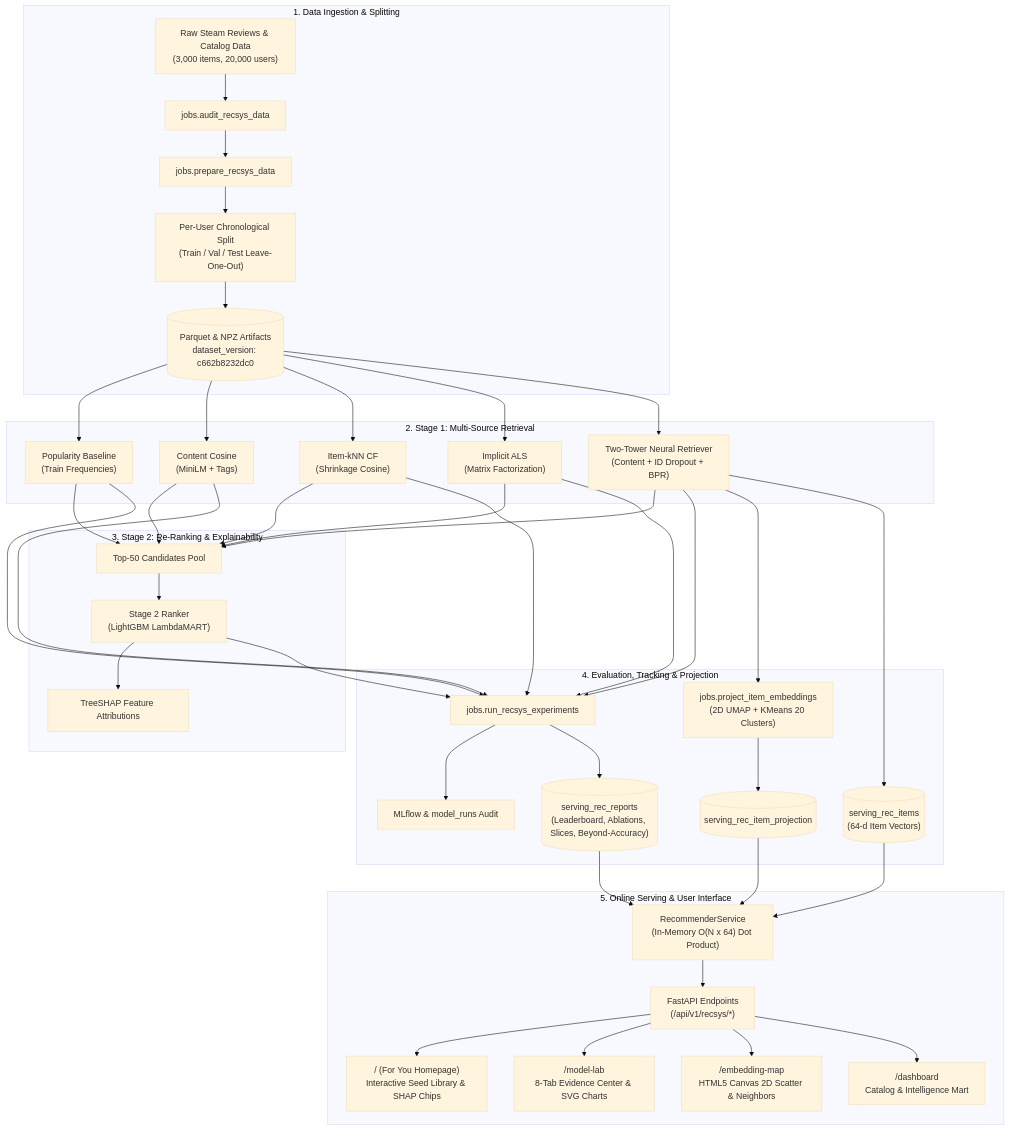
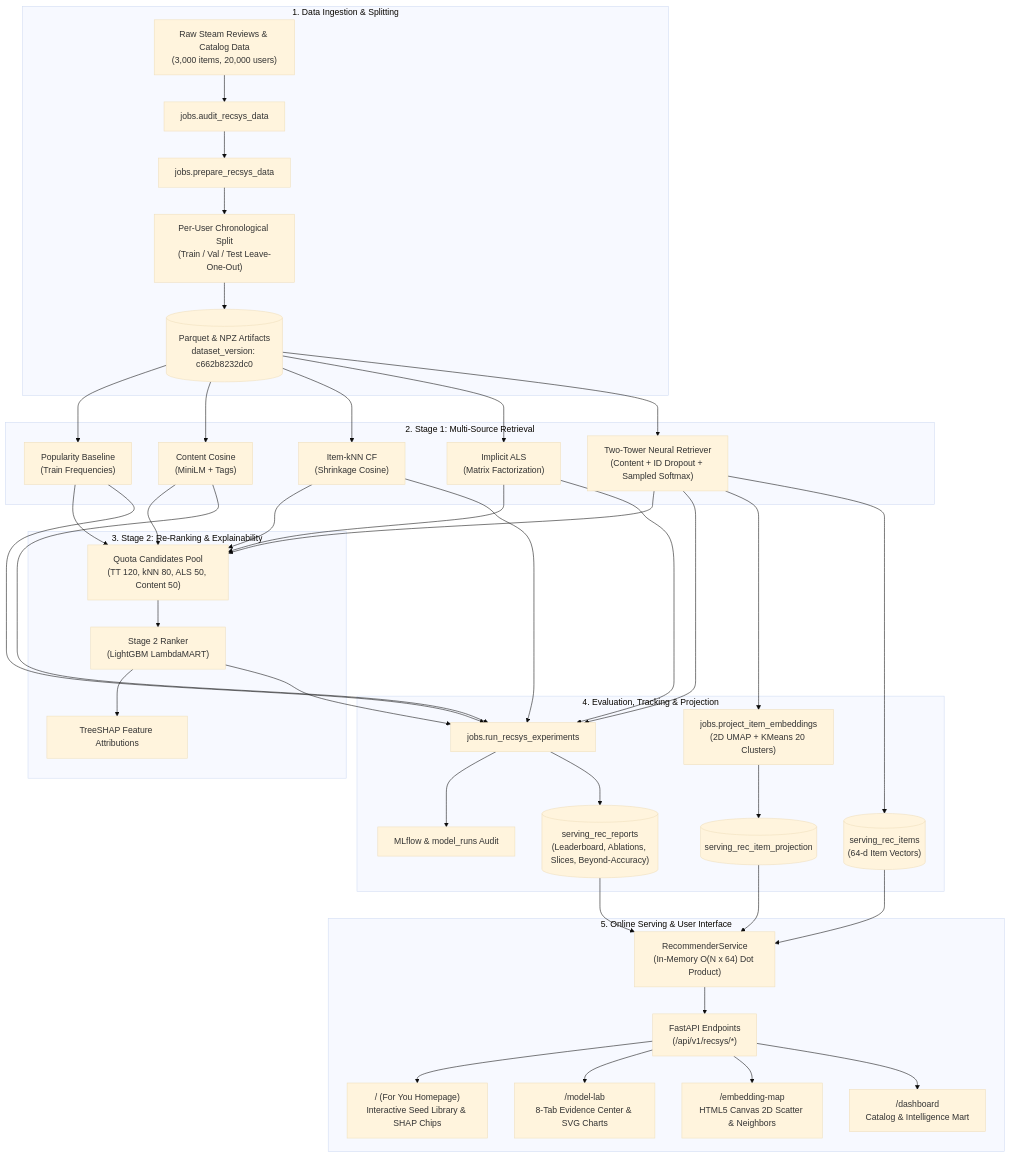
The diagram in README.md (MadhavGera/SteamIQ), drawn with Mermaid (base theme) before and after one commit. The commit also changed other lines of this file and 10 other files, not shown here.

````diff
--- a/README.md
+++ b/README.md
@@ -9,43 +9,43 @@
 ```mermaid
 flowchart TD
     subgraph DataPrep ["1. Data Ingestion & Splitting"]
         Raw["Raw Steam Reviews & Catalog Data<br/>(3,000 items, 20,000 users)"]
         Audit["jobs.audit_recsys_data"]
         Prep["jobs.prepare_recsys_data"]
         Split["Per-User Chronological Split<br/>(Train / Val / Test Leave-One-Out)"]
         Parquet[("Parquet & NPZ Artifacts<br/>dataset_version: c662b8232dc0")]
         Raw --> Audit --> Prep --> Split --> Parquet
     end
 
     subgraph Stage1 ["2. Stage 1: Multi-Source Retrieval"]
         Parquet --> Pop["Popularity Baseline<br/>(Train Frequencies)"]
         Parquet --> Content["Content Cosine<br/>(MiniLM + Tags)"]
         Parquet --> ItemKNN["Item-kNN CF<br/>(Shrinkage Cosine)"]
         Parquet --> ALS["Implicit ALS<br/>(Matrix Factorization)"]
-        Parquet --> TT["Two-Tower Neural Retriever<br/>(Content + ID Dropout + BPR)"]
+        Parquet --> TT["Two-Tower Neural Retriever<br/>(Content + ID Dropout + Sampled Softmax)"]
     end
 
     subgraph Stage2 ["3. Stage 2: Re-Ranking & Explainability"]
-        Pop & Content & ItemKNN & ALS & TT --> Candidates["Top-50 Candidates Pool"]
+        Pop & Content & ItemKNN & ALS & TT --> Candidates["Quota Candidates Pool<br/>(TT 120, kNN 80, ALS 50, Content 50)"]
         Candidates --> Ranker["Stage 2 Ranker<br/>(LightGBM LambdaMART)"]
         Ranker --> SHAP["TreeSHAP Feature Attributions"]
     end
 
     subgraph Evaluation ["4. Evaluation, Tracking & Projection"]
         TT & Ranker & Pop & Content & ItemKNN & ALS --> Eval["jobs.run_recsys_experiments"]
         Eval --> MLflow["MLflow & model_runs Audit"]
         Eval --> Reports[("serving_rec_reports<br/>(Leaderboard, Ablations, Slices, Beyond-Accuracy)")]
         TT --> UMAP["jobs.project_item_embeddings<br/>(2D UMAP + KMeans 20 Clusters)"]
         UMAP --> ServingProj[("serving_rec_item_projection")]
         TT --> ServingItems[("serving_rec_items<br/>(64-d Item Vectors)")]
     end
 
     subgraph Serving ["5. Online Serving & User Interface"]
         ServingItems & ServingProj & Reports --> RecService["RecommenderService<br/>(In-Memory O(N x 64) Dot Product)"]
         RecService --> API["FastAPI Endpoints<br/>(/api/v1/recsys/*)"]
         API --> ForYou["/ (For You Homepage)<br/>Interactive Seed Library & SHAP Chips"]
         API --> ModelLab["/model-lab<br/>8-Tab Evidence Center & SVG Charts"]
         API --> EmbeddingMap["/embedding-map<br/>HTML5 Canvas 2D Scatter & Neighbors"]
         API --> Dashboard["/dashboard<br/>Catalog & Intelligence Mart"]
     end
 ```
````
